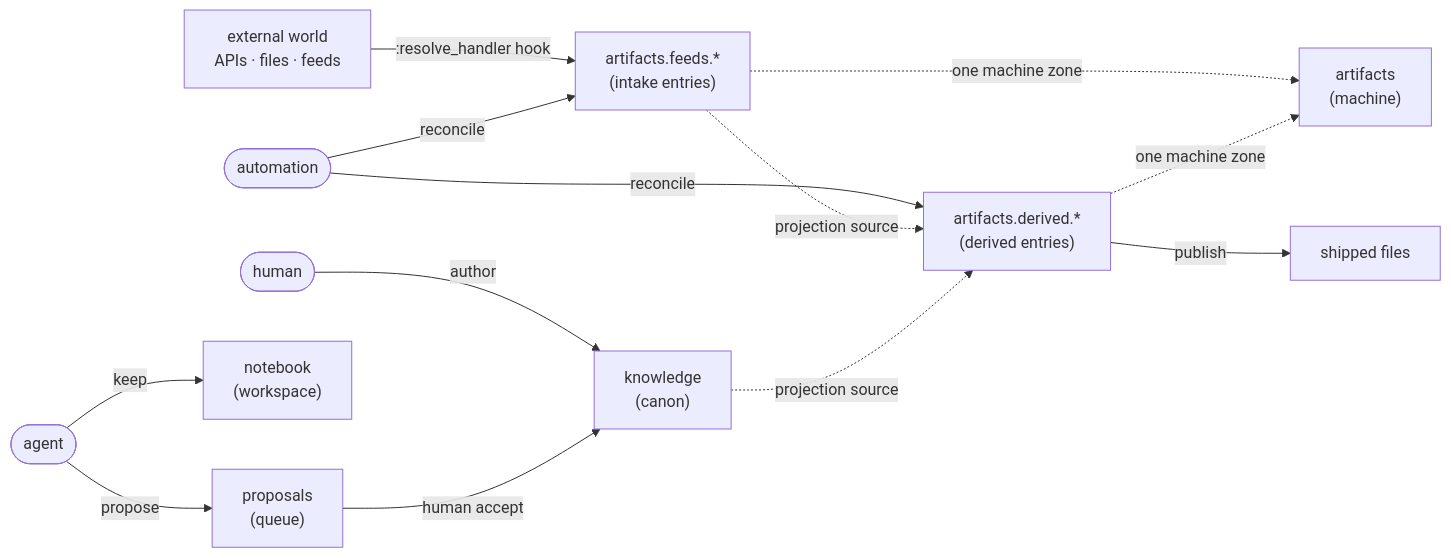
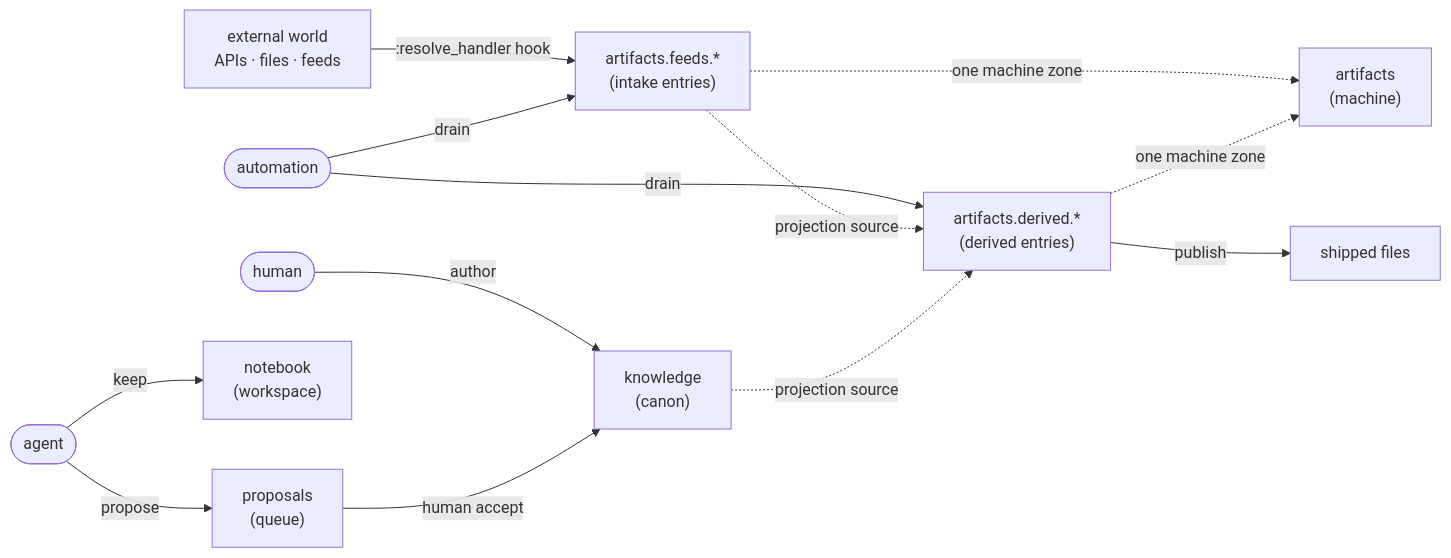
One commit to patrick204nqh/textus changed the first of 2 diagrams in .textus/zones/knowledge/explanation/concepts.md. Above: the diagram before and after it, drawn with Mermaid. The commit also changed other lines of this file and 35 other files, not shown here.

First line of the commit message:
docs(queue): complete reconcile→drain rename in canon docs + templates

````diff
--- a/.textus/zones/knowledge/explanation/concepts.md
+++ b/.textus/zones/knowledge/explanation/concepts.md
@@ -21,14 +21,14 @@
 ```mermaid
 flowchart LR
     ext["external world<br/>APIs · files · feeds"] -->|:resolve_handler hook| artifacts_feeds["artifacts.feeds.*<br/>(intake entries)"]
-    automation(["automation"]) -->|reconcile| artifacts_feeds
+    automation(["automation"]) -->|drain| artifacts_feeds
     human(["human"]) -->|author| knowledge["knowledge<br/>(canon)"]
     agent(["agent"]) -->|keep| notebook["notebook<br/>(workspace)"]
     agent -->|propose| proposals["proposals<br/>(queue)"]
     proposals -->|human accept| knowledge
-    automation -->|reconcile| artifacts_derived["artifacts.derived.*<br/>(derived entries)"]
+    automation -->|drain| artifacts_derived["artifacts.derived.*<br/>(derived entries)"]
     artifacts_feeds -.->|projection source| artifacts_derived
     knowledge -.->|projection source| artifacts_derived
     artifacts_feeds & artifacts_derived -.->|one machine zone| artifacts["artifacts<br/>(machine)"]
     artifacts_derived -->|publish| files["shipped files"]
 ```
````
